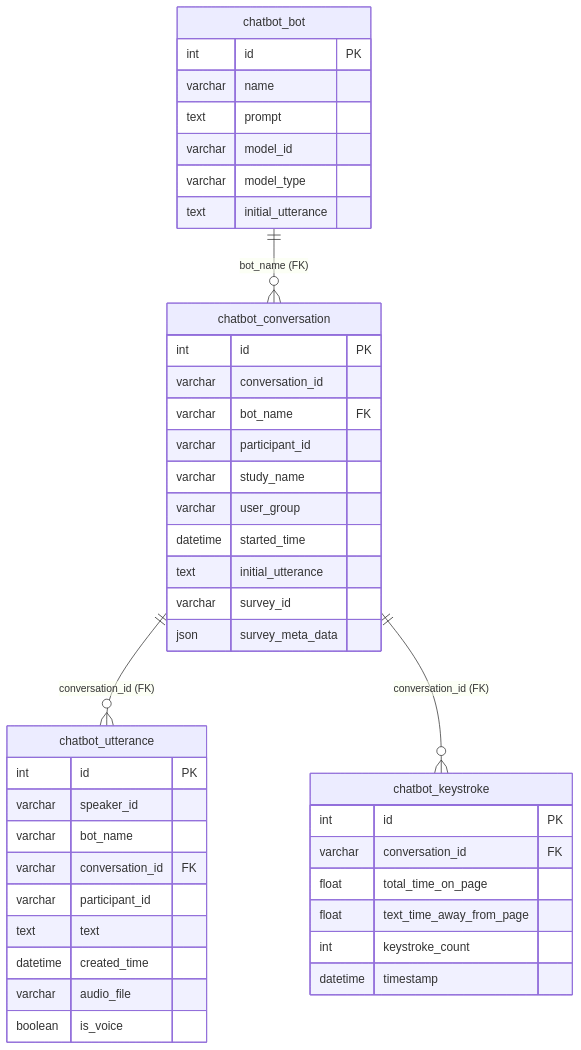
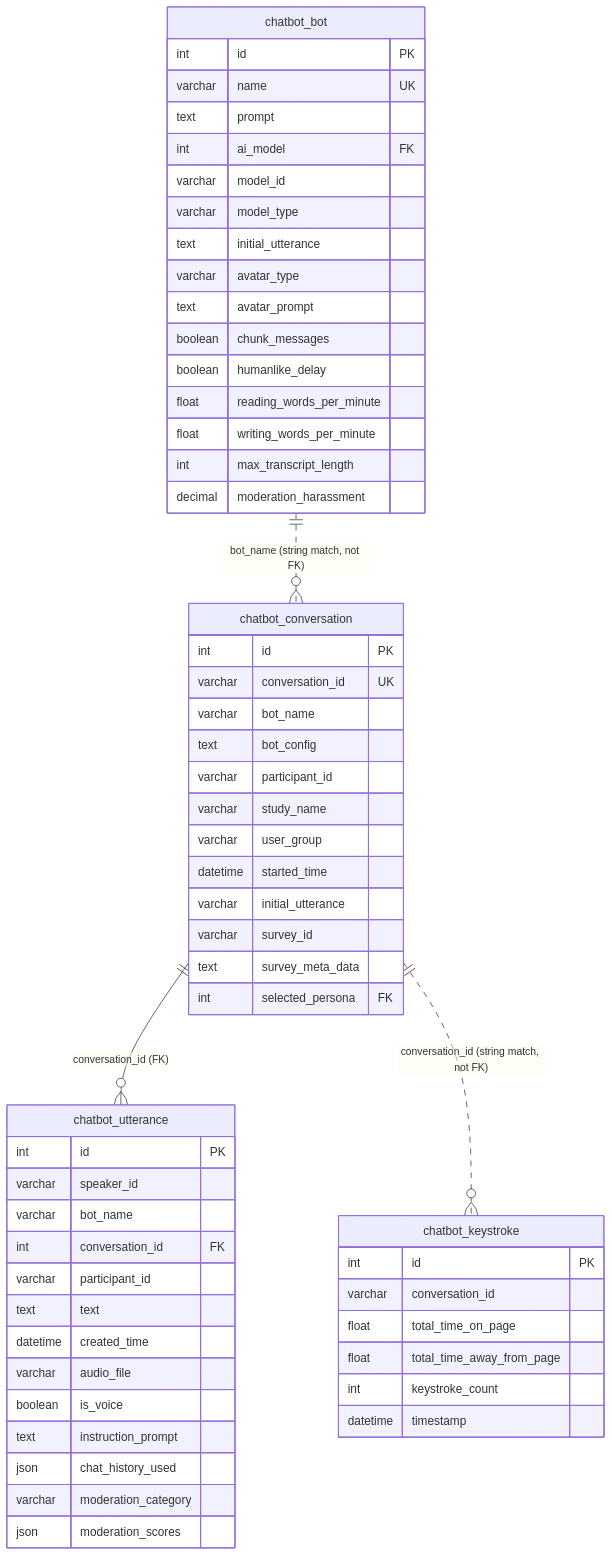
The diagram in docs/data/schema.rst (wwbp/humanlike-chatbot), drawn with Mermaid before and after one commit. The commit also changed other lines of this file and 10 other files, not shown here.

```diff
--- a/docs/data/schema.rst
+++ b/docs/data/schema.rst
@@ -136,49 +302,64 @@
 .. mermaid::
 
    erDiagram
-      chatbot_bot ||--o{ chatbot_conversation : "bot_name (FK)"
+      chatbot_bot ||..o{ chatbot_conversation : "bot_name (string match, not FK)"
       chatbot_conversation ||--o{ chatbot_utterance : "conversation_id (FK)"
-      chatbot_conversation ||--o{ chatbot_keystroke : "conversation_id (FK)"
+      chatbot_conversation ||..o{ chatbot_keystroke : "conversation_id (string match, not FK)"
 
       chatbot_bot {
         int id PK
-        varchar name
+        varchar name UK
         text prompt
+        int ai_model FK
         varchar model_id
         varchar model_type
         text initial_utterance
+        varchar avatar_type
+        text avatar_prompt
+        boolean chunk_messages
+        boolean humanlike_delay
+        float reading_words_per_minute
+        float writing_words_per_minute
+        int max_transcript_length
+        decimal moderation_harassment
       }
 
       chatbot_conversation {
         int id PK
-        varchar conversation_id
-        varchar bot_name FK
+        varchar conversation_id UK
+        varchar bot_name
+        text bot_config
         varchar participant_id
         varchar study_name
         varchar user_group
         datetime started_time
-        text initial_utterance
+        varchar initial_utterance
         varchar survey_id
-        json survey_meta_data
+        text survey_meta_data
+        int selected_persona FK
       }
 
       chatbot_utterance {
         int id PK
         varchar speaker_id
         varchar bot_name
-        varchar conversation_id FK
+        int conversation_id FK
         varchar participant_id
         text text
         datetime created_time
         varchar audio_file
         boolean is_voice
+        text instruction_prompt
+        json chat_history_used
+        varchar moderation_category
+        json moderation_scores
       }
 
       chatbot_keystroke {
         int id PK
-        varchar conversation_id FK
+        varchar conversation_id
         float total_time_on_page
-        float text_time_away_from_page
+        float total_time_away_from_page
         int keystroke_count
         datetime timestamp
       }
```
